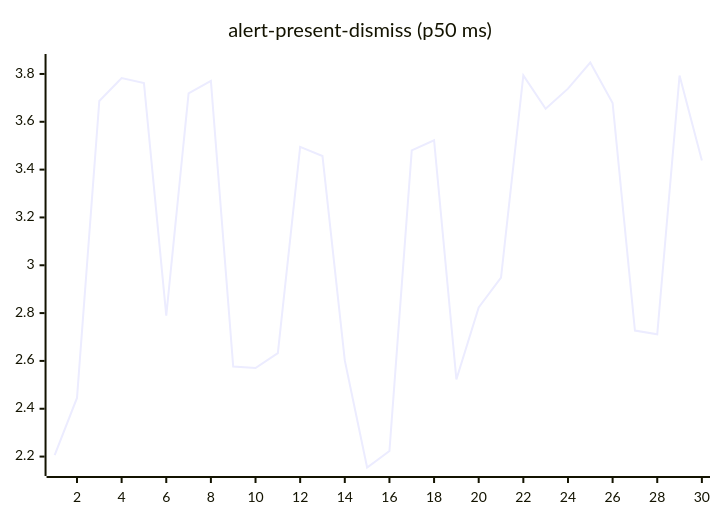
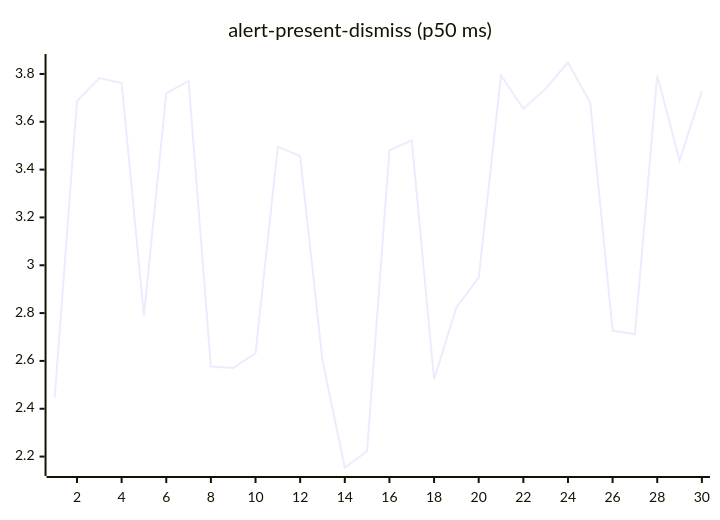
Before and after one commit to josha/Facet: the second of 27 diagrams in README.md, drawn with Mermaid. The commit also changed other lines of this file and 2 other files, not shown here.

````diff
--- a/README.md
+++ b/README.md
@@ -70,6 +70,6 @@
 ```mermaid
 xychart-beta
     title "alert-present-dismiss (p50 ms)"
     x-axis 1 --> 30
-    line [2.2058, 2.4450, 3.6869, 3.7826, 3.7621, 2.7891, 3.7187, 3.7708, 2.5766, 2.5704, 2.6324, 3.4949, 3.4566, 2.6019, 2.1543, 2.2230, 3.4803, 3.5227, 2.5229, 2.8233, 2.9484, 3.7942, 3.6546, 3.7386, 3.8479, 3.6788, 2.7270, 2.7111, 3.7936, 3.4376]
+    line [2.4450, 3.6869, 3.7826, 3.7621, 2.7891, 3.7187, 3.7708, 2.5766, 2.5704, 2.6324, 3.4949, 3.4566, 2.6019, 2.1543, 2.2230, 3.4803, 3.5227, 2.5229, 2.8233, 2.9484, 3.7942, 3.6546, 3.7386, 3.8479, 3.6788, 2.7270, 2.7111, 3.7936, 3.4376, 3.7274]
 ```
````
